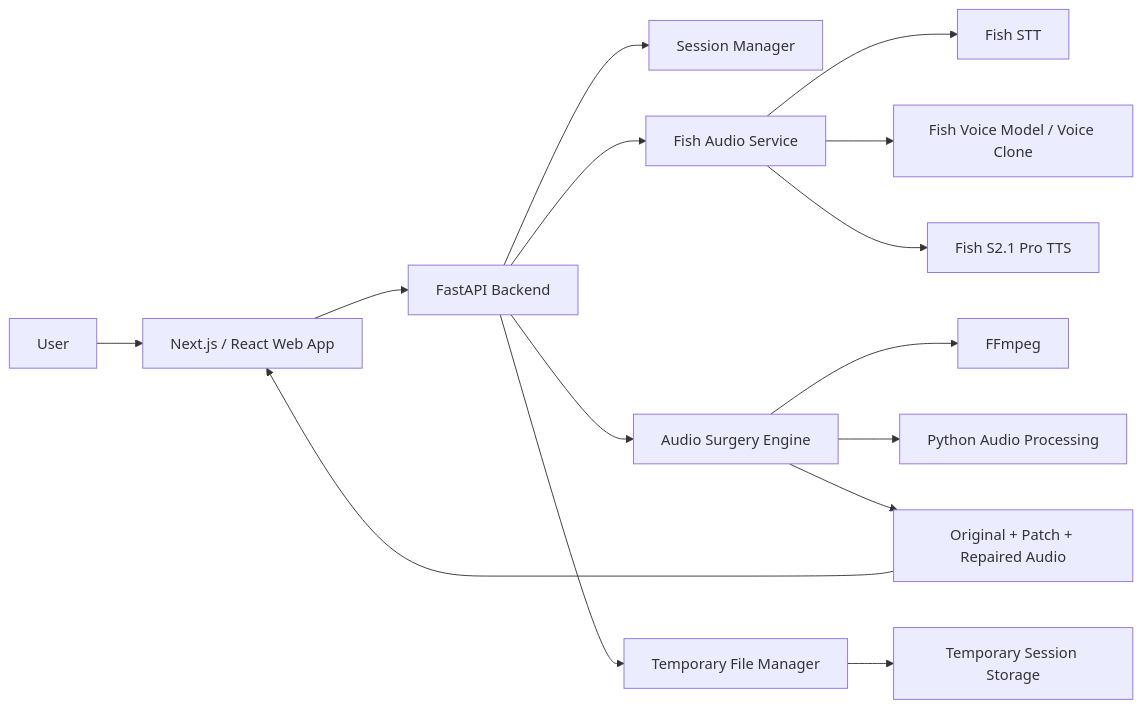
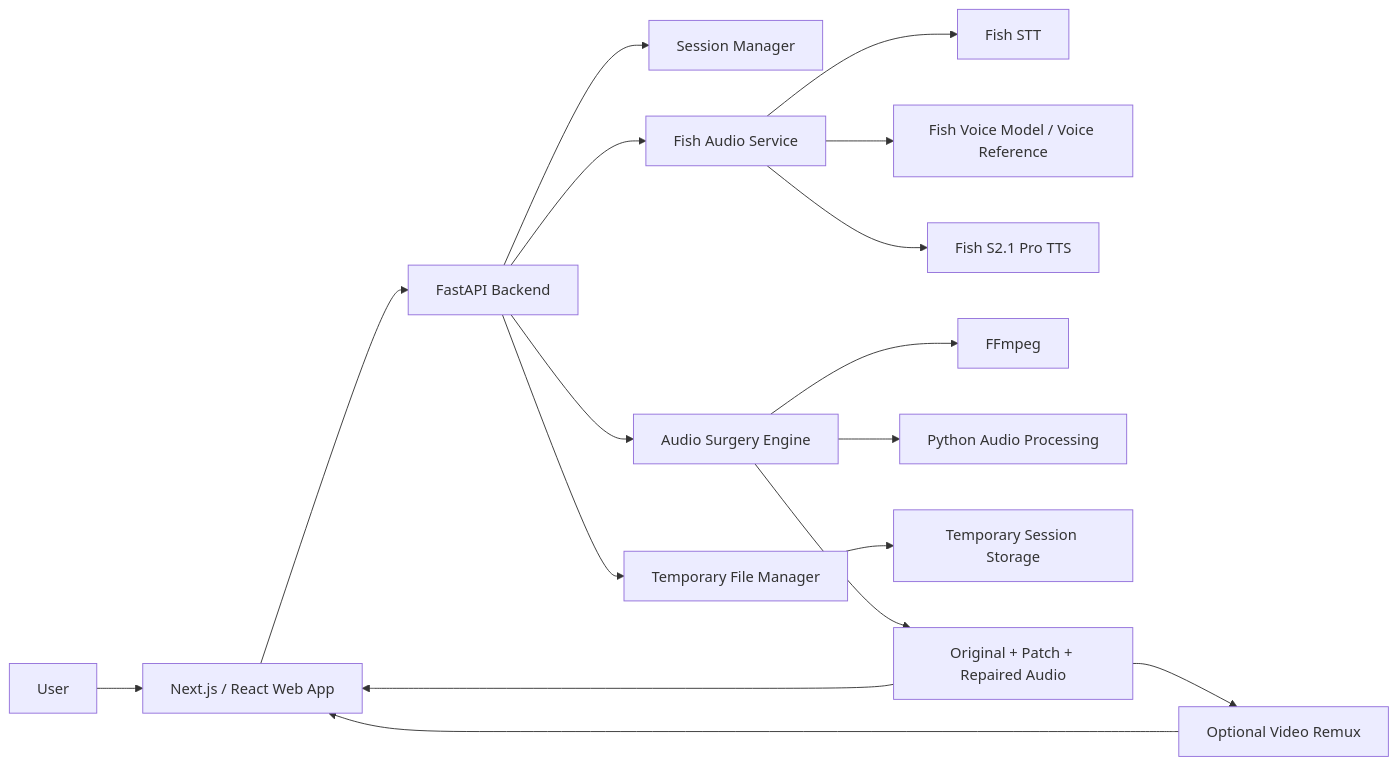
One commit to vishalsingh2972/speech-surgeon changed the second of 3 diagrams in README.md. Above: the diagram before and after it, drawn with Mermaid. The commit also changed other lines of this file, not shown here.

````diff
--- a/README.md
+++ b/README.md
@@ -179,22 +322,24 @@
 ```mermaid
 flowchart LR
     USER["User"] --> WEB["Next.js / React Web App"]
     WEB --> API["FastAPI Backend"]
 
     API --> SESSION["Session Manager"]
     API --> FISH["Fish Audio Service"]
     API --> AUDIO["Audio Surgery Engine"]
     API --> FILES["Temporary File Manager"]
 
     FISH --> ASR["Fish STT"]
-    FISH --> VOICE["Fish Voice Model / Voice Clone"]
+    FISH --> VOICE["Fish Voice Model / Voice Reference"]
     FISH --> TTS["Fish S2.1 Pro TTS"]
 
     AUDIO --> FFMPEG["FFmpeg"]
     AUDIO --> DSP["Python Audio Processing"]
 
     FILES --> TMP["Temporary Session Storage"]
 
-    AUDIO --> FINAL["Original + Patch + Repaired Audio"]
-    FINAL --> WEB
+    AUDIO --> OUTPUT["Original + Patch + Repaired Audio"]
+    OUTPUT --> VIDEO["Optional Video Remux"]
+    VIDEO --> WEB
+    OUTPUT --> WEB
 ```
````
